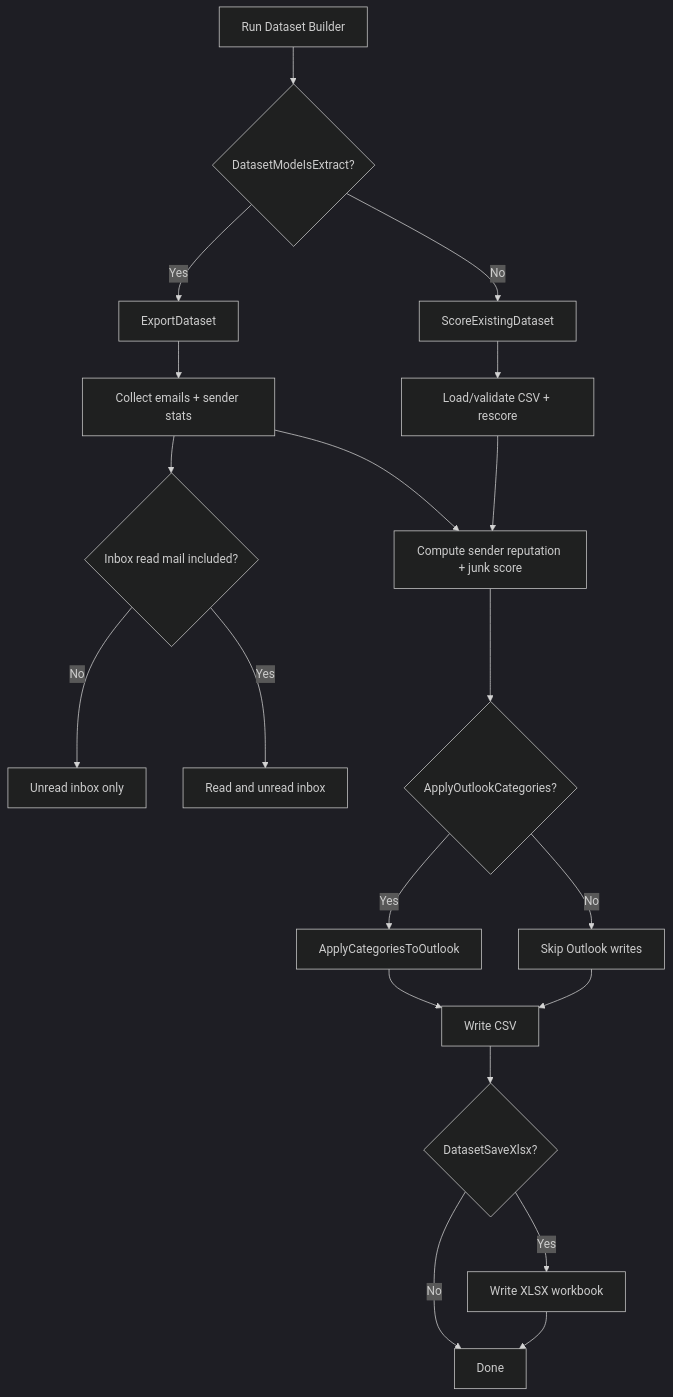
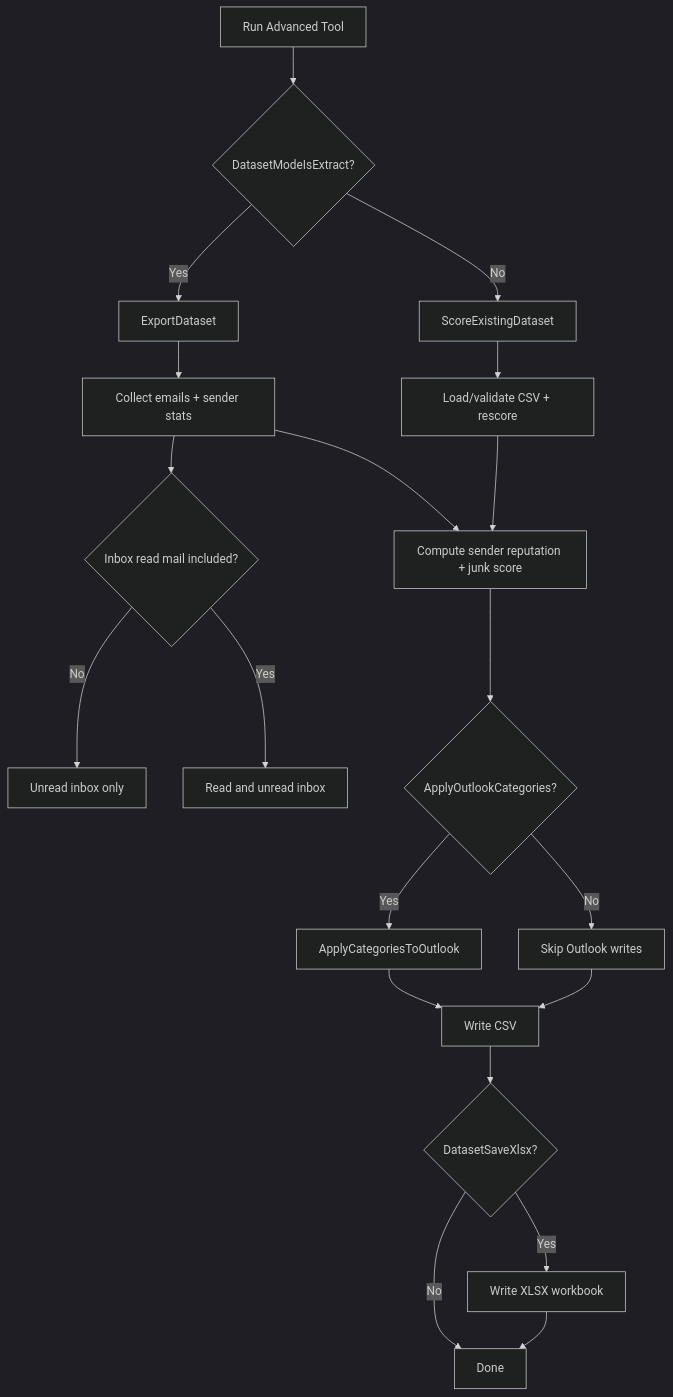
The sixth of 6 diagrams in Docs/MailZen_Architecture_and_User_Manual.md (kbdarius/MailZen), drawn with Mermaid (dark theme) before and after one commit. The commit also changed other lines of this file and 6 other files, not shown here.

````diff
--- a/Docs/MailZen_Architecture_and_User_Manual.md
+++ b/Docs/MailZen_Architecture_and_User_Manual.md
@@ -201,22 +199,22 @@
 ```mermaid
-flowchart TD
-    A[Run Dataset Builder] --> B{DatasetModeIsExtract?}
+graph TD
+    A[Run Advanced Tool] --> B{DatasetModeIsExtract?}
     B -->|Yes| C[ExportDataset]
     B -->|No| D[ScoreExistingDataset]
     C --> E[Collect emails + sender stats]
     D --> F[Load/validate CSV + rescore]
     E --> E1{Inbox read mail included?}
     E1 -->|No| E2[Unread inbox only]
     E1 -->|Yes| E3[Read and unread inbox]
     E --> G[Compute sender reputation + junk score]
     F --> G
     G --> H{ApplyOutlookCategories?}
     H -->|Yes| I[ApplyCategoriesToOutlook]
     H -->|No| J[Skip Outlook writes]
     I --> K[Write CSV]
     J --> K
     K --> L{DatasetSaveXlsx?}
     L -->|Yes| M[Write XLSX workbook]
     L -->|No| N[Done]
     M --> N
 ```
````
